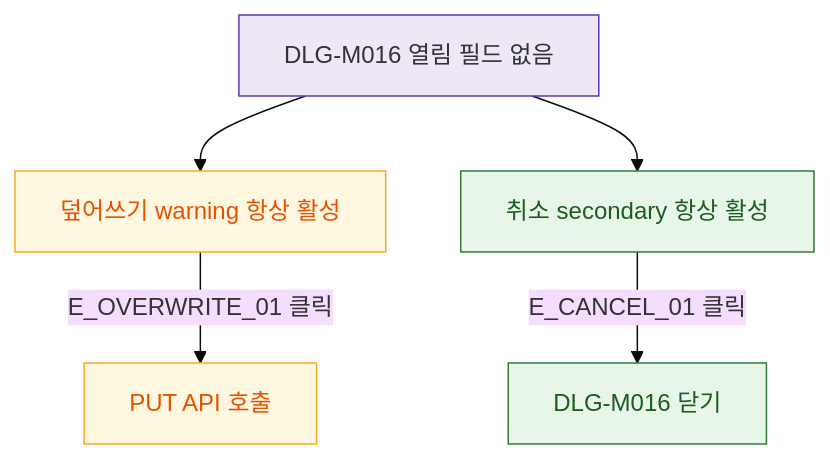
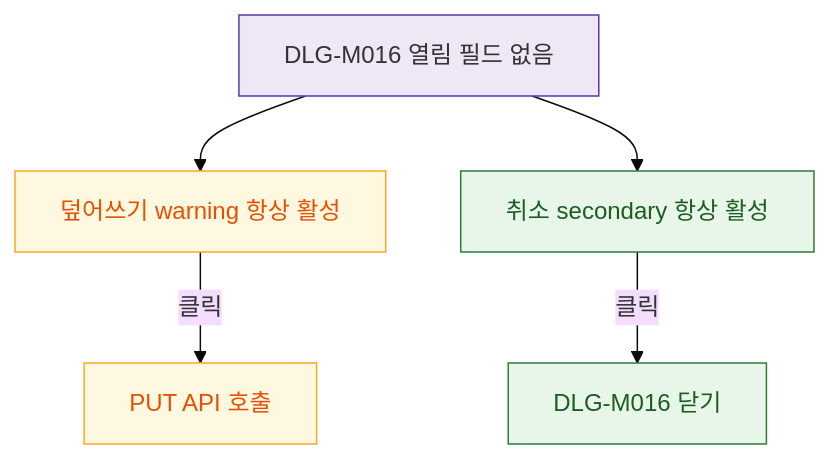
Before and after one commit to dev-spogym/admin-pando: the diagram in docs/다이어그램/D02_회원관리/DLG/DLG-M016_체성분덮어쓰기/M2_필드검증.md, drawn with Mermaid (base theme). The commit also changed other lines of this file and 1660 other files, not shown here.

First line of the commit message:
다이어그램: 기획자/클라이언트 납품본으로 정리

````diff
--- a/docs/다이어그램/D02_회원관리/DLG/DLG-M016_체성분덮어쓰기/M2_필드검증.md
+++ b/docs/다이어그램/D02_회원관리/DLG/DLG-M016_체성분덮어쓰기/M2_필드검증.md
@@ -22,18 +20,18 @@
 ```mermaid
 flowchart TD
   DLG[DLG-M016 열림 필드 없음]
 
   DLG --> BTN_OVERWRITE[덮어쓰기 warning 항상 활성]
   DLG --> BTN_CANCEL[취소 secondary 항상 활성]
 
-  BTN_OVERWRITE -->|E_OVERWRITE_01 클릭| API[PUT API 호출]
-  BTN_CANCEL    -->|E_CANCEL_01 클릭| CLOSE[DLG-M016 닫기]
+  BTN_OVERWRITE -->|클릭|API[PUT API 호출]
+  BTN_CANCEL -->|클릭|CLOSE[DLG-M016 닫기]
 
-  classDef system  fill:#EDE7F6,stroke:#5E35B2
+  classDef system fill:#EDE7F6,stroke:#5E35B2
   classDef warning fill:#FFF8E1,stroke:#F9A825,color:#E65100
   classDef success fill:#E8F5E9,stroke:#2E7D32,color:#1B5E20
 
   class DLG system
   class BTN_OVERWRITE,API warning
   class BTN_CANCEL,CLOSE success
 ```
````
